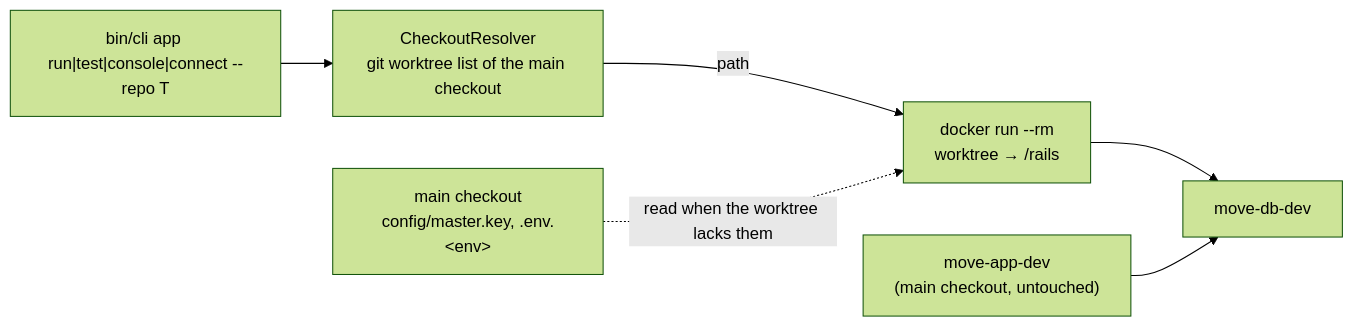
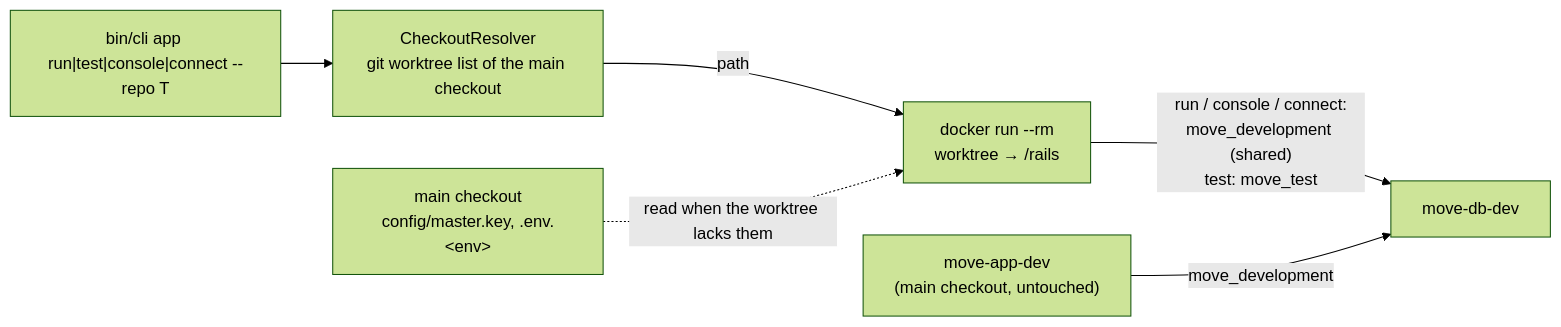
The second of 3 diagrams in doc/project/local-edge.md (joel/move), drawn with Mermaid (forest theme) before and after one commit. The commit also changed other lines of this file and 5 other files, not shown here.

First line of the commit message:
Disclose the shared dev DB and fail all-filtered :js runs

````diff
--- a/doc/project/local-edge.md
+++ b/doc/project/local-edge.md
@@ -77,8 +77,8 @@
 ```mermaid
 flowchart LR
   CLI["bin/cli app run|test|console|connect --repo T"] --> RES["CheckoutResolver<br/>git worktree list of the main checkout"]
   RES -->|"path"| RUN["docker run --rm<br/>worktree → /rails"]
   MAIN["main checkout<br/>config/master.key, .env.&lt;env&gt;"] -.->|"read when the worktree lacks them"| RUN
-  RUN --> DB["move-db-dev"]
-  DEV["move-app-dev<br/>(main checkout, untouched)"] --> DB
+  RUN -->|"run / console / connect:<br/>move_development (shared)<br/>test: move_test"| DB["move-db-dev"]
+  DEV["move-app-dev<br/>(main checkout, untouched)"] -->|"move_development"| DB
 ```
````
